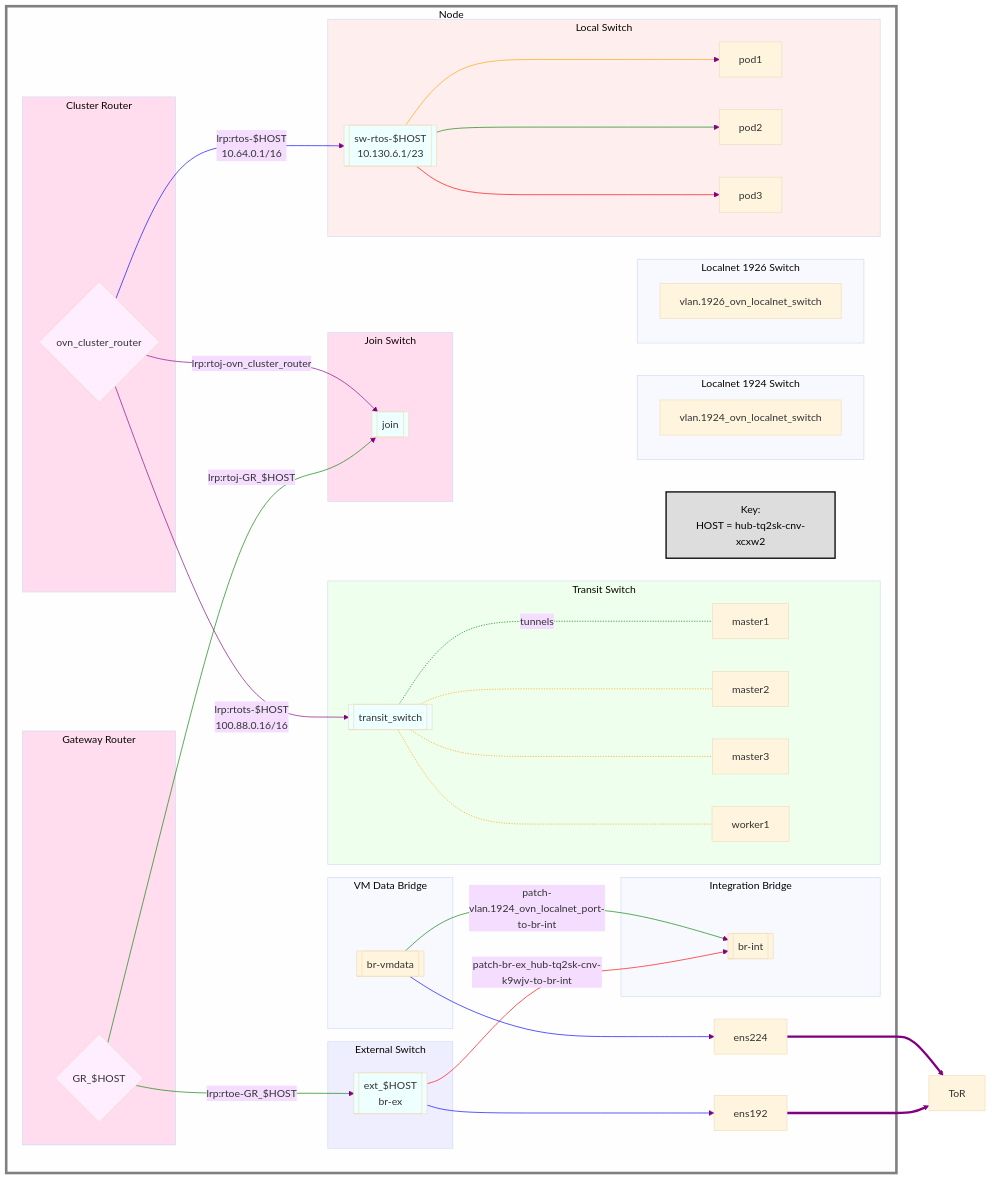
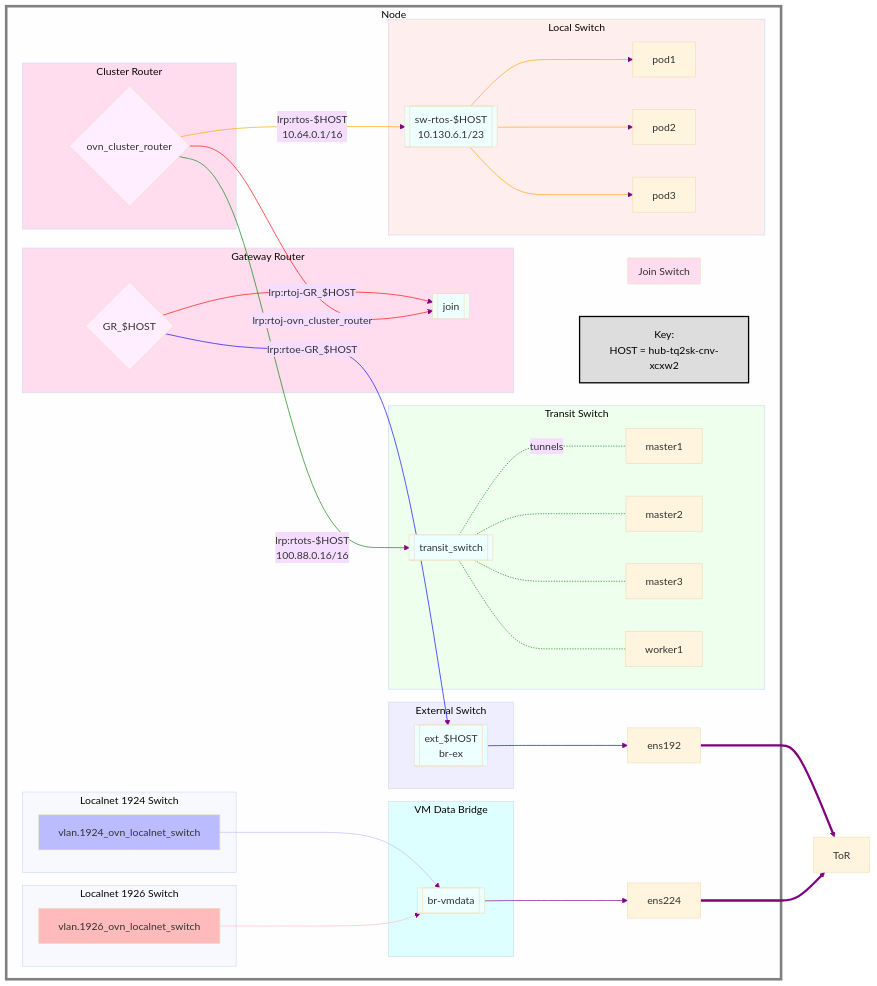
The fifth of 5 diagrams in networking/diagram.md (dlbewley/demo-virt), drawn with Mermaid (base theme) before and after one commit. The commit also changed other lines of this file, not shown here.

Commit message:
update wip diagram edge colors

```diff
--- a/networking/diagram.md
+++ b/networking/diagram.md
@@ -642,35 +636,31 @@
 
   sw-ext --> nic-ens192
 
+  subgraph GR_$HOST["Gateway Router"]
+    rt-gw{"GR_$HOST"}
+    rt-gw -- lrp:rtoj-GR_$HOST --> sw-join
+    rt-gw -- lrp:rtoe-GR_$HOST --> sw-ext
+  end
   subgraph join["Join Switch"]
     sw-join[[join]]
   end
-
-  subgraph br-internal["Integration Bridge"]
-    br-int[[br-int]]
-  end
-    sw-ext -- patch-br-ex_hub-tq2sk-cnv-k9wjv-to-br-int --> br-int
 
   br-vmdata --> nic-ens224
 
   subgraph bridge-vmdata["VM Data Bridge"]
     br-vmdata[[br-vmdata]]
-    br-vmdata -- patch-vlan.1924_ovn_localnet_port-to-br-int --> br-int
   end
 
 
-  subgraph GR_$HOST["Gateway Router"]
-    rt-gw{"GR_$HOST"}
-    rt-gw -- lrp:rtoj-GR_$HOST --> sw-join
-    rt-gw -- lrp:rtoe-GR_$HOST --> sw-ext
-  end
 
   subgraph sw-1924["Localnet 1924 Switch"]
-    vlan.1924_ovn_localnet_switch
+    ln-1924[vlan.1924_ovn_localnet_switch]
+    ln-1924 --> br-vmdata
   end
 
   subgraph sw-1926["Localnet 1926 Switch"]
-    vlan.1926_ovn_localnet_switch
+    ln-1926[vlan.1926_ovn_localnet_switch]
+    ln-1926 --> br-vmdata
   end
 
   subgraph transit["Transit Switch"]
@@ -706,17 +696,26 @@
   class hostname key
 
   classDef switch fill:#eff
-  class sw-join,sw-transit,sw-local,sw-ext switch
+  class sw-join,sw-transit,sw-local,sw-ext,br-vmdata switch
+
+  classDef bridge-vmdata fill:#dff
+  class bridge-vmdata bridge-vmdata
 
   classDef router fill:#fef
   class rt-gw,rt-cluster router
 
   linkStyle default stroke:purple
-  linkStyle 0,2,13 stroke:blue
-  linkStyle 1,12 stroke:red
-  linkStyle 3,4,5,6 stroke:green
-  linkStyle 7,8,9,10 stroke:orange
-  linkStyle 11 stroke:green
+  linkStyle 0,2 stroke:blue
+  linkStyle 1,12,15 stroke:red
+  %% localnets to vm-data
+  linkStyle 3 stroke:purple
+  linkStyle 4 stroke:#bbf
+  style ln-1924 fill:#bbf
+  linkStyle 5 stroke:#fbb
+  style ln-1926 fill:#fbb
+  %% transit sw to nodes
+  linkStyle 6,7,8,9,14 stroke:green
+  linkStyle 10,11,12,13 stroke:orange
 
   classDef routers fill:#fde
   class ovn_cluster_router,GR_$HOST routers
```
